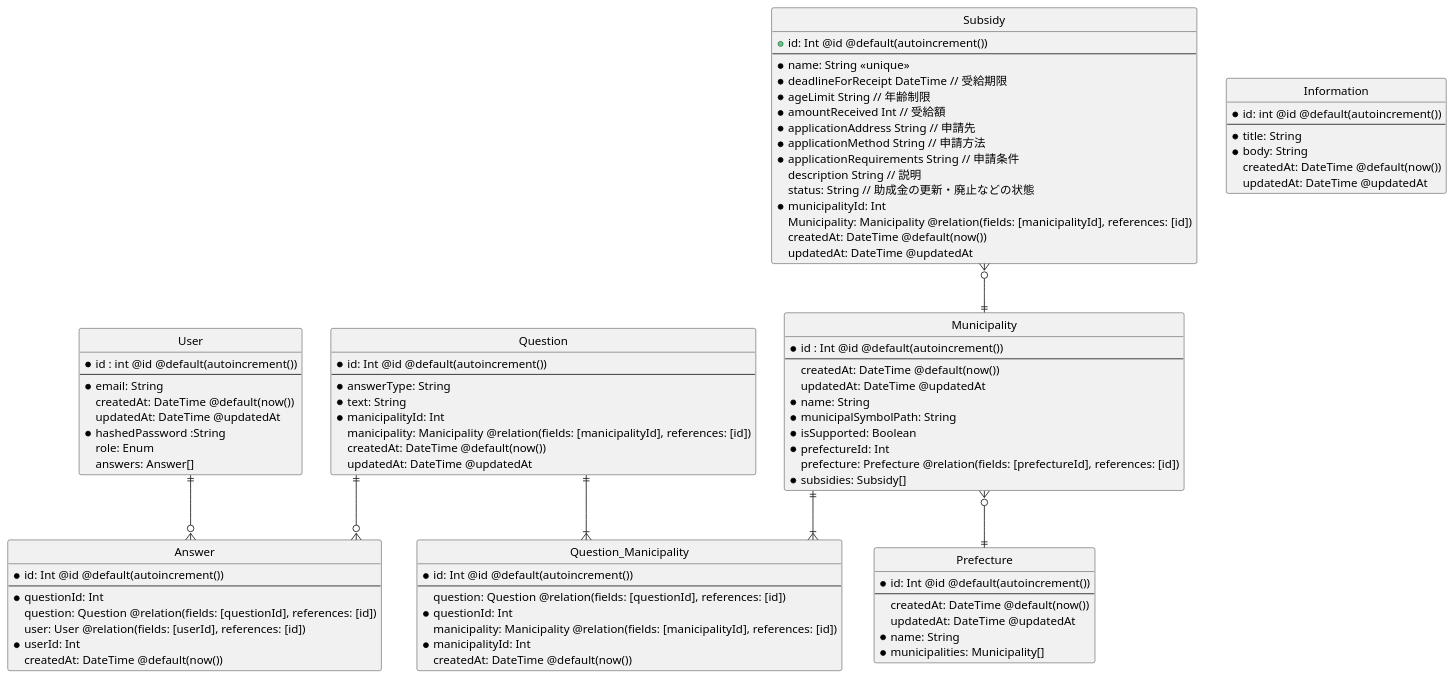
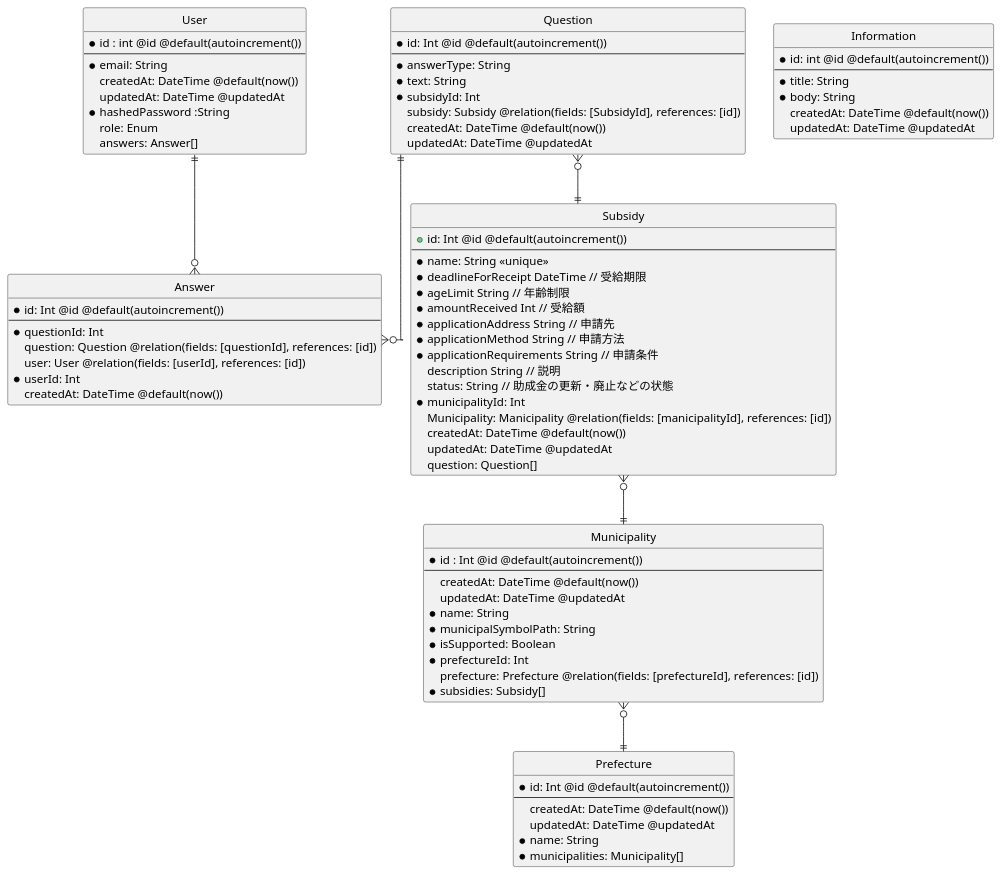
The diagram in app/backend/archive/db/physical design.pu (gigi434/ReStartNow), drawn with PlantUML before and after one commit. The commit also changed 16 other files, not shown here.

```diff
--- a/app/backend/archive/db/physical design.pu
+++ b/app/backend/archive/db/physical design.pu
@@ -1,111 +1,101 @@
 @startuml failure-story
 
 ' hide the spot
 hide circle
 
 ' avoid problems with angled crows feet
 skinparam linetype ortho
 
 entity "User" as user {
     *id : int @id @default(autoincrement())
     --
     *email: String
     createdAt: DateTime @default(now())
     updatedAt: DateTime @updatedAt
     *hashedPassword :String
     role: Enum
     answers: Answer[]
 }
 
 entity "Municipality" as manicipality {
     *id : Int @id @default(autoincrement())
     --
     createdAt: DateTime @default(now())                  
     updatedAt: DateTime @updatedAt                  
     *name: String
     *municipalSymbolPath: String
     *isSupported: Boolean
     *prefectureId: Int
     prefecture: Prefecture @relation(fields: [prefectureId], references: [id])
     *subsidies: Subsidy[]
 }
 
 entity "Information" as information {
     *id: int @id @default(autoincrement())
     --
     *title: String
     *body: String
     createdAt: DateTime @default(now())
     updatedAt: DateTime @updatedAt
 }
 
 entity "Prefecture" as prefecture {
     *id: Int @id @default(autoincrement())
     --
     createdAt: DateTime @default(now())
     updatedAt: DateTime @updatedAt
     *name: String
     *municipalities: Municipality[]
 }
 
 entity "Subsidy" as subsidy {
     +id: Int @id @default(autoincrement())
   --
     *name: String <<unique>>
     *deadlineForReceipt DateTime // 受給期限
     *ageLimit String // 年齢制限
     *amountReceived Int // 受給額
     *applicationAddress String // 申請先
     *applicationMethod String // 申請方法
     *applicationRequirements String // 申請条件
     description String // 説明
     status: String // 助成金の更新・廃止などの状態
     *municipalityId: Int
     Municipality: Manicipality @relation(fields: [manicipalityId], references: [id])
     createdAt: DateTime @default(now())
     updatedAt: DateTime @updatedAt
+    question: Question[]
 }
 
 ' 一問一答の質問
 entity "Question" as question {
     *id: Int @id @default(autoincrement())
     --
     *answerType: String
     *text: String
-    *manicipalityId: Int
-    manicipality: Manicipality @relation(fields: [manicipalityId], references: [id])
+    *subsidyId: Int
+    subsidy: Subsidy @relation(fields: [SubsidyId], references: [id])
     createdAt: DateTime @default(now())
     updatedAt: DateTime @updatedAt
 }
 
 ' ユーザーの答えを保存するテーブル
 entity "Answer" as answer {
     *id: Int @id @default(autoincrement())
     --
     *questionId: Int
     question: Question @relation(fields: [questionId], references: [id])
     user: User @relation(fields: [userId], references: [id])
     *userId: Int 
     createdAt: DateTime @default(now())
 }
 
-entity "Question_Manicipality" as questionOnManicipality {
-    *id: Int @id @default(autoincrement())
-    --
-    question: Question @relation(fields: [questionId], references: [id])
-    *questionId: Int
-    manicipality: Manicipality @relation(fields: [manicipalityId], references: [id])
-    *manicipalityId: Int
-    createdAt: DateTime @default(now())
-}
-
 manicipality }o--|| prefecture
 question ||--o{ answer
-question ||--|{ questionOnManicipality
-manicipality ||--|{ questionOnManicipality
+question }o--|| subsidy
 subsidy }o--|| manicipality
 user ||--o{ answer
 
 
 
 @enduml
```
